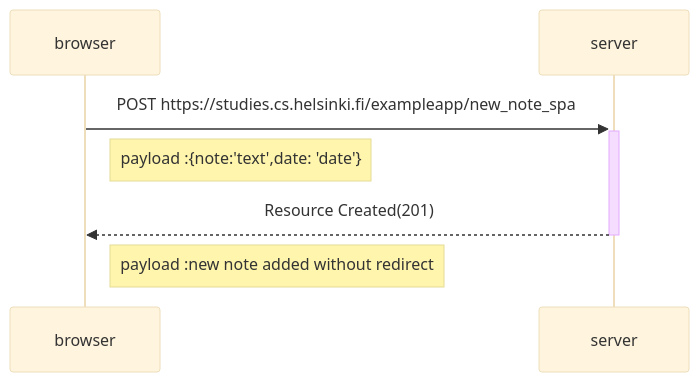
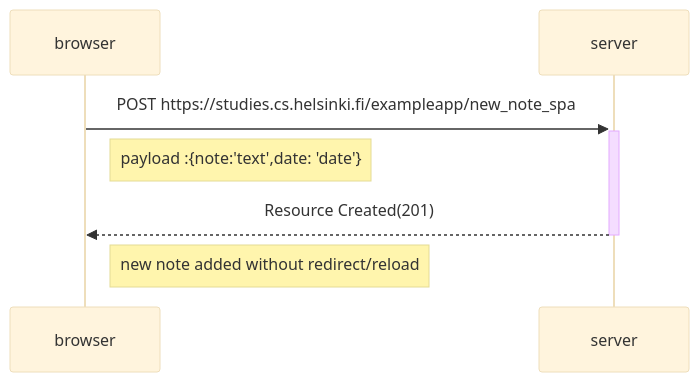
One commit to sirbh/fullstackwebdevelopment changed the diagram in part_0/ex_6.md. Above: the diagram before and after it, drawn with Mermaid (base theme).

````diff
--- a/part_0/ex_6.md
+++ b/part_0/ex_6.md
@@ -4,10 +4,10 @@
 ```mermaid
 sequenceDiagram
     participant B as browser
     participant S as server
   
     B->>+S: POST https://studies.cs.helsinki.fi/exampleapp/new_note_spa
     Note right of B: payload :{note:'text',date: 'date'}
     S-->>-B: Resource Created(201)
-    Note right of B: payload :new note added without redirect
+    Note right of B: new note added without redirect/reload
 ```
````
